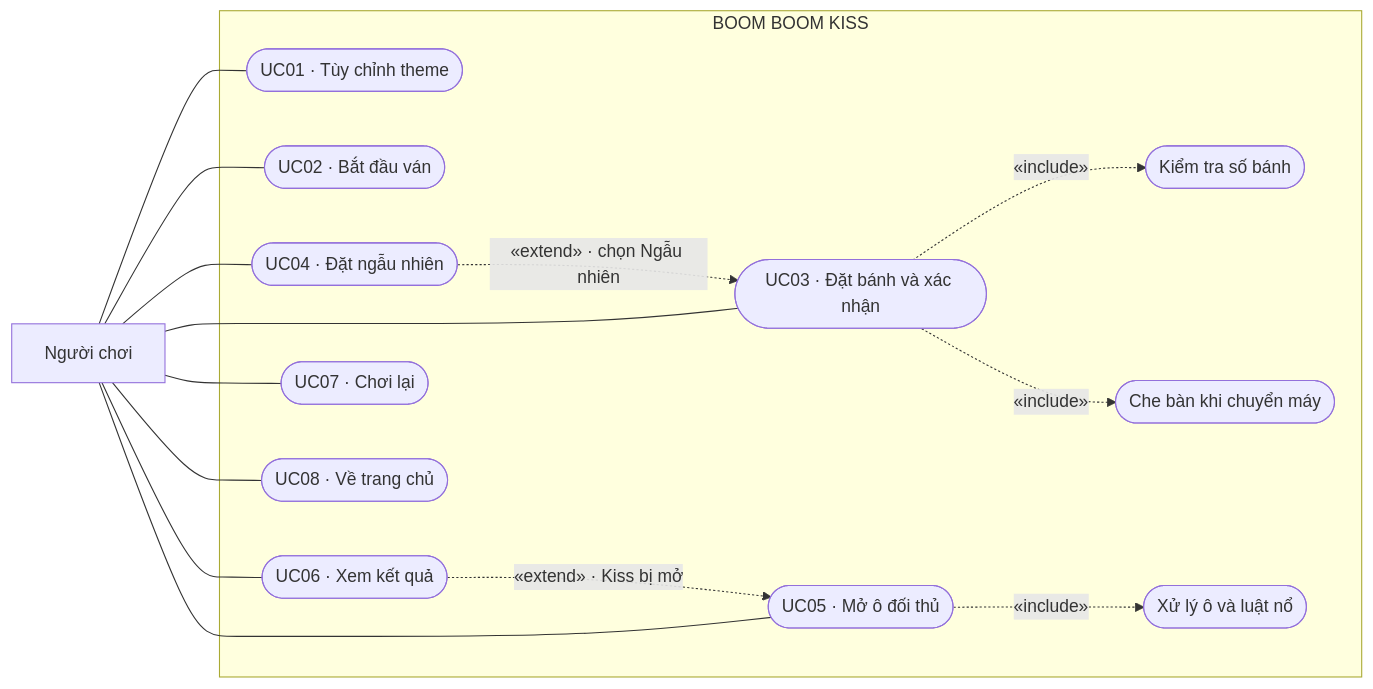
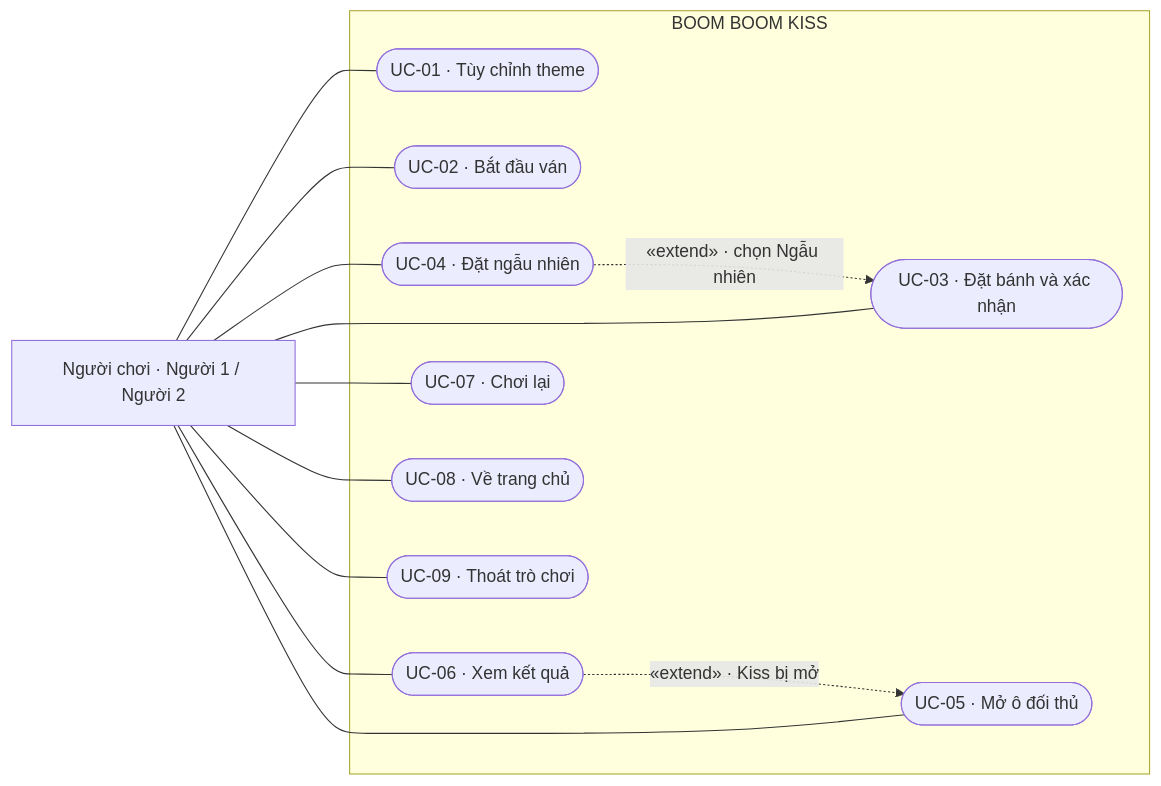
One commit to dodinhdadan2708-netizen/LTUD-BoomBoomKiss changed the diagram in boomboomkiss/USE_CASE.md. Above: the diagram before and after it, drawn with Mermaid. The commit also changed other lines of this file and 40 other files, not shown here.

````diff
--- a/boomboomkiss/USE_CASE.md
+++ b/boomboomkiss/USE_CASE.md
@@ -16,30 +21,26 @@
 ```mermaid
 flowchart LR
-    P[Người chơi]
+    P[Người chơi · Người 1 / Người 2]
     subgraph SYS[BOOM BOOM KISS]
-        THEME([UC01 · Tùy chỉnh theme])
-        START([UC02 · Bắt đầu ván])
-        SETUP([UC03 · Đặt bánh và xác nhận])
-        VALIDATE([Kiểm tra số bánh])
-        COVER([Che bàn khi chuyển máy])
-        RANDOM([UC04 · Đặt ngẫu nhiên])
-        ATTACK([UC05 · Mở ô đối thủ])
-        RESOLVE([Xử lý ô và luật nổ])
-        RESULT([UC06 · Xem kết quả])
-        AGAIN([UC07 · Chơi lại])
-        HOME([UC08 · Về trang chủ])
-        SETUP -. "«include»" .-> VALIDATE
-        SETUP -. "«include»" .-> COVER
+        THEME([UC-01 · Tùy chỉnh theme])
+        START([UC-02 · Bắt đầu ván])
+        SETUP([UC-03 · Đặt bánh và xác nhận])
+        RANDOM([UC-04 · Đặt ngẫu nhiên])
+        ATTACK([UC-05 · Mở ô đối thủ])
+        RESULT([UC-06 · Xem kết quả])
+        AGAIN([UC-07 · Chơi lại])
+        HOME([UC-08 · Về trang chủ])
+        EXIT([UC-09 · Thoát trò chơi])
         RANDOM -. "«extend» · chọn Ngẫu nhiên" .-> SETUP
-        ATTACK -. "«include»" .-> RESOLVE
         RESULT -. "«extend» · Kiss bị mở" .-> ATTACK
     end
     P --- THEME
     P --- START
     P --- SETUP
     P --- RANDOM
     P --- ATTACK
     P --- RESULT
     P --- AGAIN
     P --- HOME
+    P --- EXIT
 ```
````
